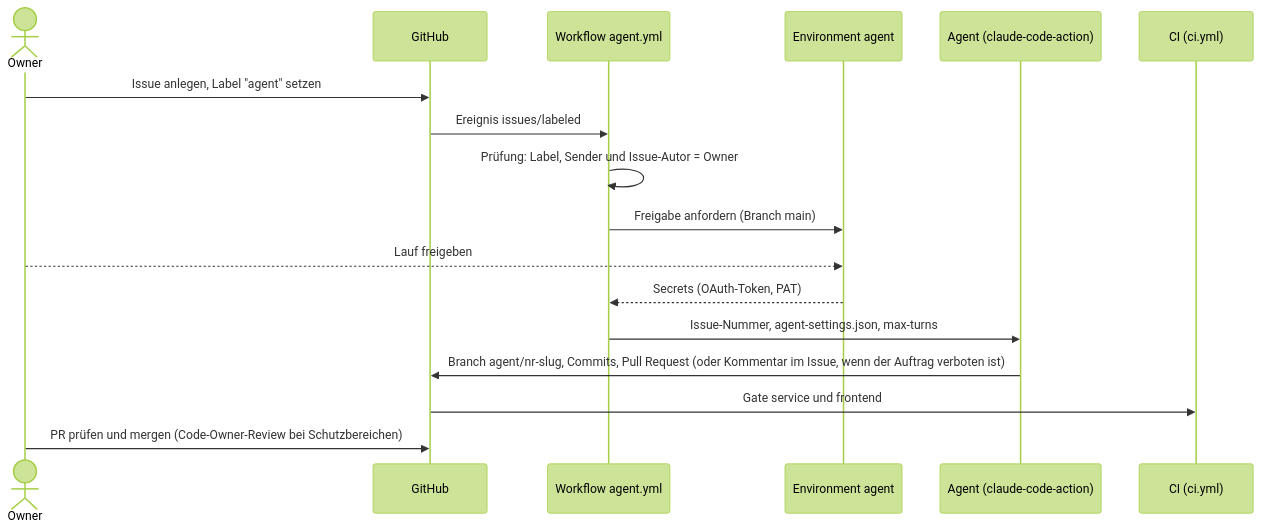
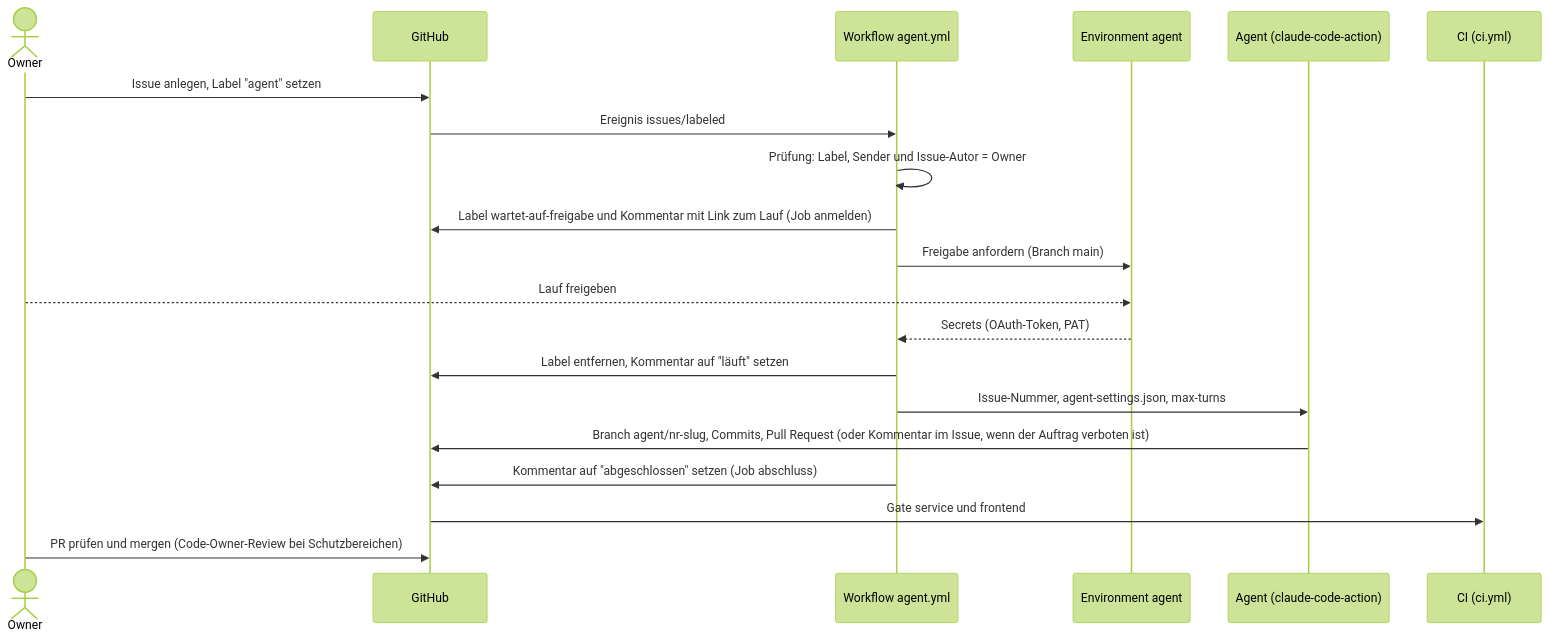
One commit to juheba/sw-factory-tryout changed the fourth of 5 diagrams in docs/architecture.md. Above: the diagram before and after it, drawn with Mermaid (forest theme). The commit also changed other lines of this file and 5 other files, not shown here.

First line of the commit message:
feat: Link zum Agent-Lauf als Kommentar an Issue und PR (B7) (#83)

````diff
--- a/docs/architecture.md
+++ b/docs/architecture.md
@@ -62,19 +62,22 @@
 ```mermaid
 sequenceDiagram
     actor O as Owner
     participant GH as GitHub
     participant WF as Workflow agent.yml
     participant Env as Environment agent
     participant A as Agent (claude-code-action)
     participant CI as CI (ci.yml)
     O->>GH: Issue anlegen, Label "agent" setzen
     GH->>WF: Ereignis issues/labeled
     WF->>WF: Prüfung: Label, Sender und Issue-Autor = Owner
+    WF->>GH: Label wartet-auf-freigabe und Kommentar mit Link zum Lauf (Job anmelden)
     WF->>Env: Freigabe anfordern (Branch main)
     O-->>Env: Lauf freigeben
     Env-->>WF: Secrets (OAuth-Token, PAT)
+    WF->>GH: Label entfernen, Kommentar auf "läuft" setzen
     WF->>A: Issue-Nummer, agent-settings.json, max-turns
     A->>GH: Branch agent/nr-slug, Commits, Pull Request (oder Kommentar im Issue, wenn der Auftrag verboten ist)
+    WF->>GH: Kommentar auf "abgeschlossen" setzen (Job abschluss)
     GH->>CI: Gate service und frontend
     O->>GH: PR prüfen und mergen (Code-Owner-Review bei Schutzbereichen)
 ```
````
